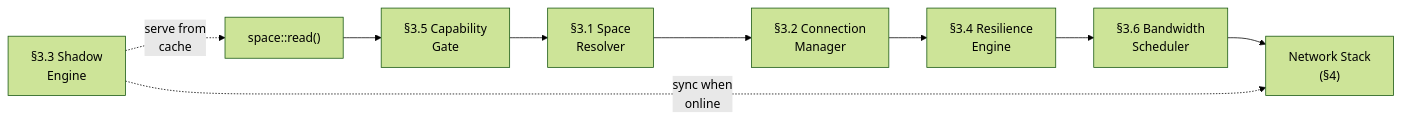
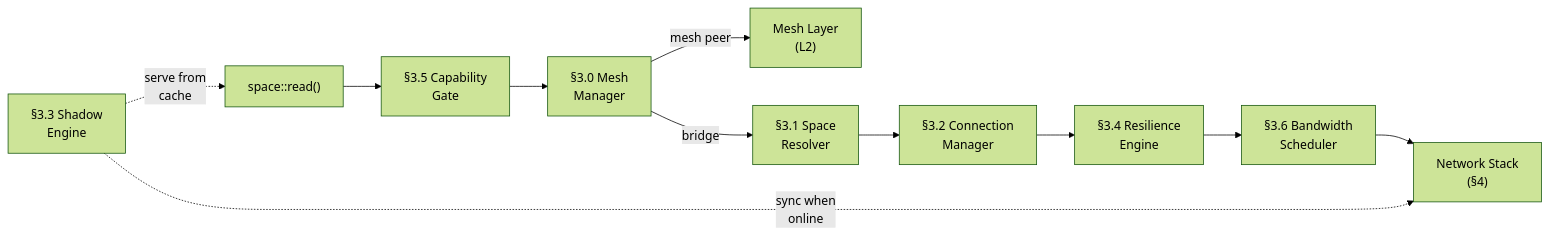
One commit to juslee/aios changed the first of 6 diagrams in docs/platform/networking/components.md. Above: the diagram before and after it, drawn with Mermaid (forest theme). The commit also changed other lines of this file and 74 other files, not shown here.

````diff
--- a/docs/platform/networking/components.md
+++ b/docs/platform/networking/components.md
@@ -12,13 +12,15 @@
 ```mermaid
 flowchart LR
     Op["space::read()"] --> CG["§3.5 Capability\nGate"]
-    CG --> SR["§3.1 Space\nResolver"]
+    CG --> MM["§3.0 Mesh\nManager"]
+    MM -->|"mesh peer"| MeshWire["Mesh Layer\n(L2)"]
+    MM -->|"bridge"| SR["§3.1 Space\nResolver"]
     SR --> CM["§3.2 Connection\nManager"]
     CM --> RE["§3.4 Resilience\nEngine"]
     RE --> BS["§3.6 Bandwidth\nScheduler"]
     BS --> Wire["Network Stack\n(§4)"]
 
     SE["§3.3 Shadow\nEngine"]
     SE -.->|"serve from\ncache"| Op
     SE -.->|"sync when\nonline"| Wire
 ```
````
